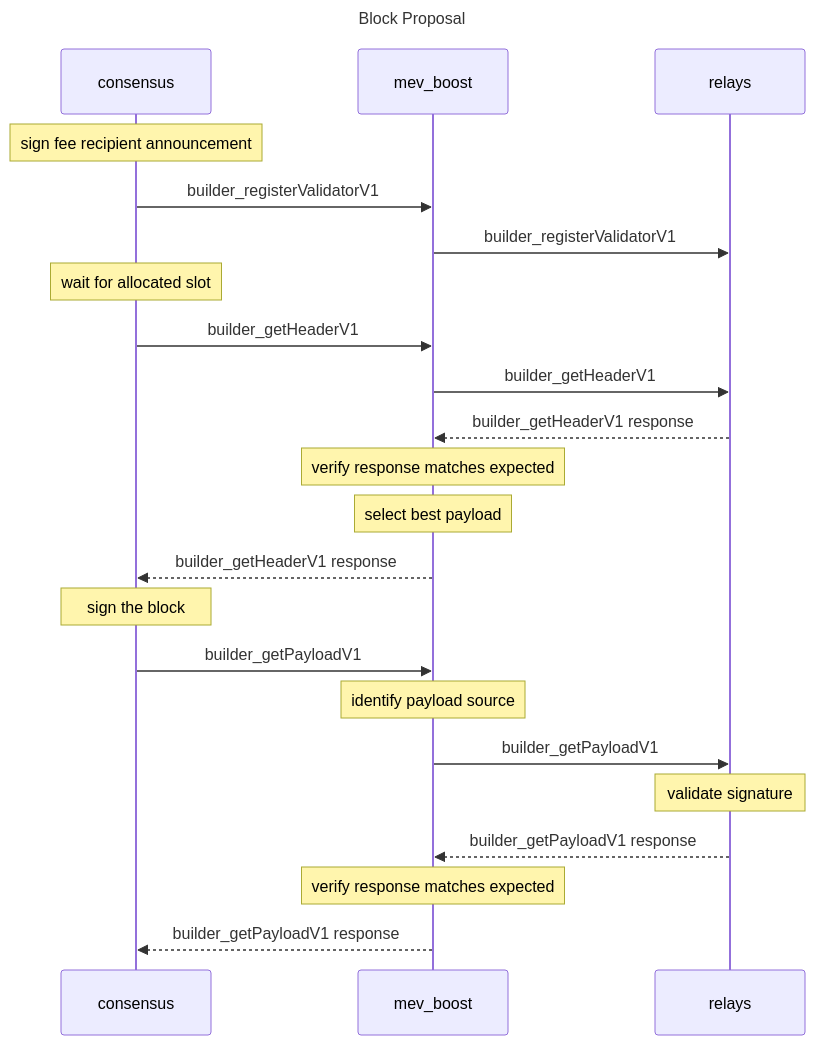
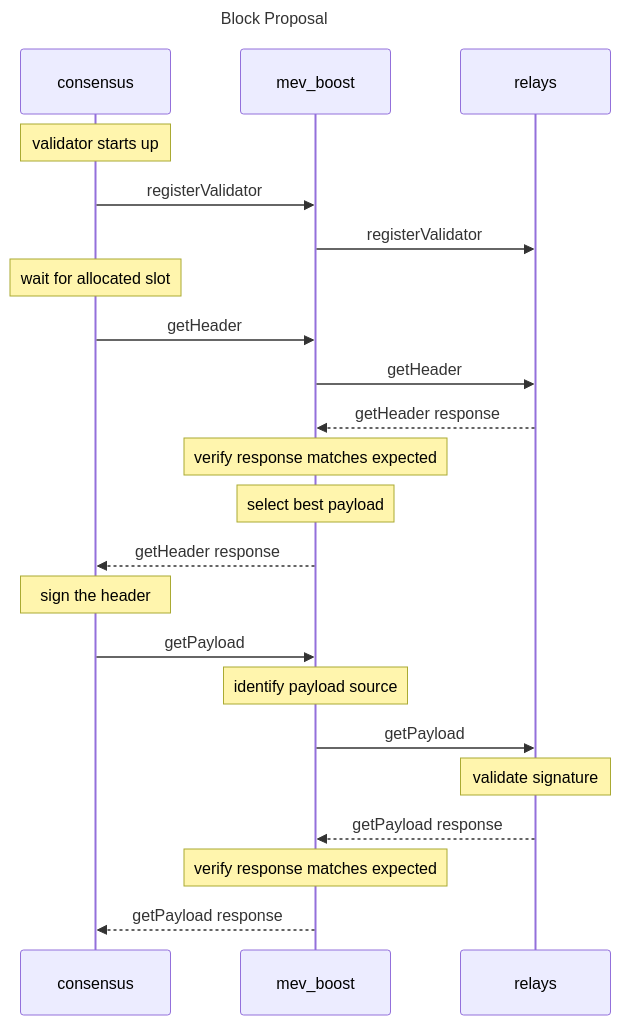
The diagram in README.md (flashbots/mev-boost), drawn with Mermaid before and after one commit. The commit also changed other lines of this file and 2 other files, not shown here.

Commit message:
Link to new REST API spec PR, updated sequence diagram

````diff
--- a/README.md
+++ b/README.md
@@ -24,25 +24,25 @@
 ```mermaid
 sequenceDiagram
     participant consensus
     participant mev_boost
     participant relays
     Title: Block Proposal
-    Note over consensus: sign fee recipient announcement
-    consensus->>mev_boost: builder_registerValidatorV1
-    mev_boost->>relays: builder_registerValidatorV1
+    Note over consensus: validator starts up
+    consensus->>mev_boost: registerValidator
+    mev_boost->>relays: registerValidator
     Note over consensus: wait for allocated slot
-    consensus->>mev_boost: builder_getHeaderV1
-    mev_boost->>relays: builder_getHeaderV1
-    relays-->>mev_boost: builder_getHeaderV1 response
+    consensus->>mev_boost: getHeader
+    mev_boost->>relays: getHeader
+    relays-->>mev_boost: getHeader response
     Note over mev_boost: verify response matches expected
     Note over mev_boost: select best payload
-    mev_boost-->>consensus: builder_getHeaderV1 response
-    Note over consensus: sign the block
-    consensus->>mev_boost: builder_getPayloadV1
+    mev_boost-->>consensus: getHeader response
+    Note over consensus: sign the header
+    consensus->>mev_boost: getPayload
     Note over mev_boost: identify payload source
-    mev_boost->>relays: builder_getPayloadV1
+    mev_boost->>relays: getPayload
     Note over relays: validate signature
-    relays-->>mev_boost: builder_getPayloadV1 response
+    relays-->>mev_boost: getPayload response
     Note over mev_boost: verify response matches expected
-    mev_boost-->>consensus: builder_getPayloadV1 response
+    mev_boost-->>consensus: getPayload response
 ```
````
